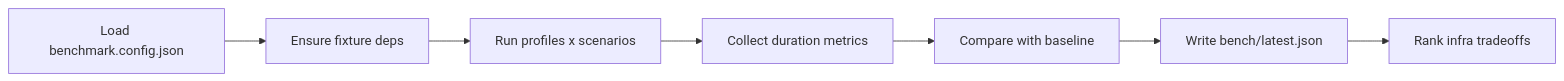
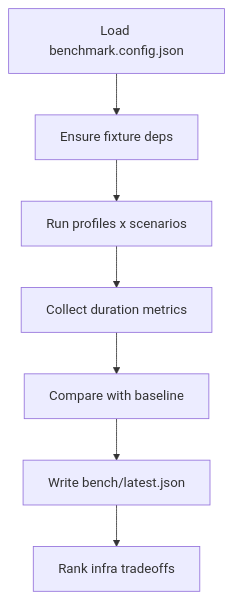
The first of 2 diagrams in blog/2026-02-25-nextjs-ai-rebuild-benchmark.md (victorstack-ai/agent-blog), drawn with Mermaid before and after one commit. The commit also changed other lines of this file and 23 other files, not shown here.

````diff
--- a/blog/2026-02-25-nextjs-ai-rebuild-benchmark.md
+++ b/blog/2026-02-25-nextjs-ai-rebuild-benchmark.md
@@ -39,9 +48,9 @@
 ```mermaid
-flowchart LR
+flowchart TD
     A[Load benchmark.config.json] --> B[Ensure fixture deps]
     B --> C[Run profiles x scenarios]
     C --> D[Collect duration metrics]
     D --> E[Compare with baseline]
     E --> F[Write bench/latest.json]
     F --> G[Rank infra tradeoffs]
 ```
````
